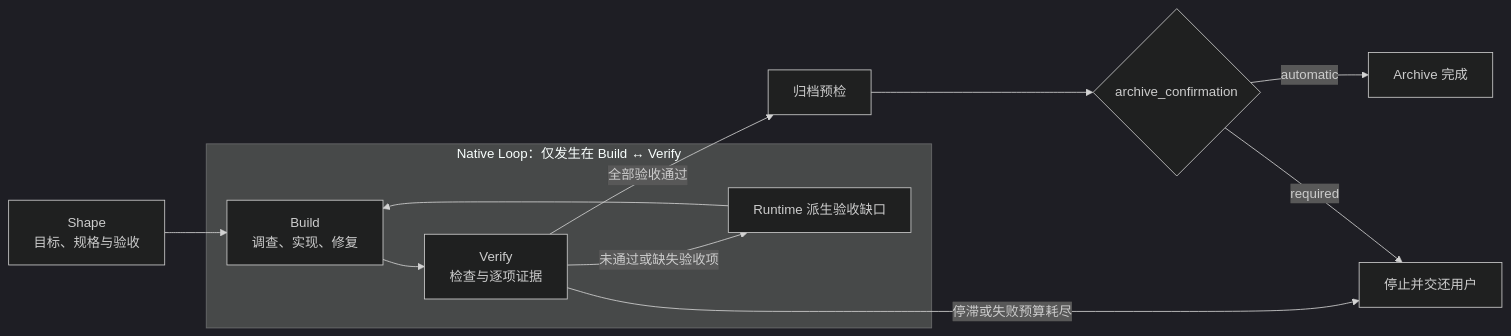
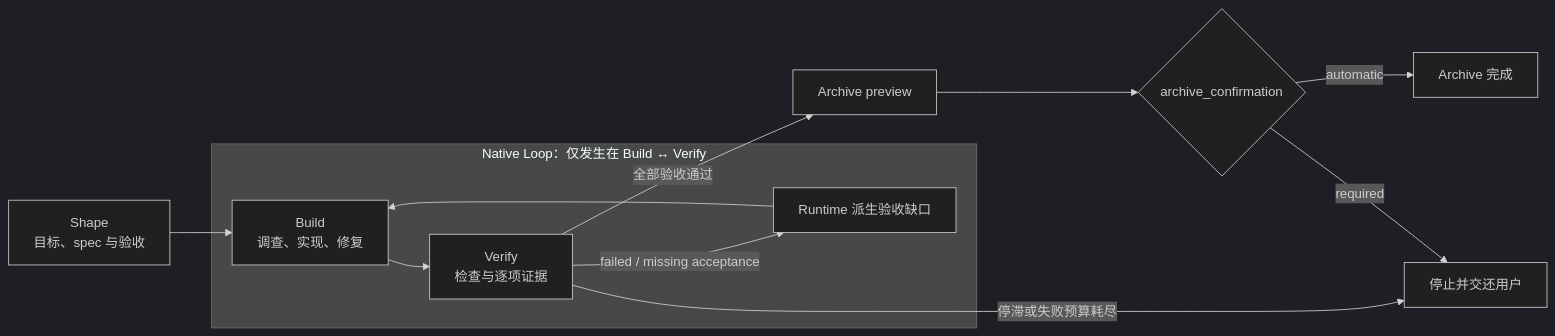
The first of 2 diagrams in zh/concepts/native-workflow.mdx (rpamis/comet-website-docs), drawn with Mermaid (dark theme) before and after one commit. The commit also changed other lines of this file and 14 other files, not shown here.

````diff
--- a/zh/concepts/native-workflow.mdx
+++ b/zh/concepts/native-workflow.mdx
@@ -16,16 +16,16 @@
 ```mermaid
 flowchart LR
-  S["Shape<br/>目标、规格与验收"] --> B
+  S["Shape<br/>目标、spec 与验收"] --> B
 
   subgraph L["Native Loop：仅发生在 Build ↔ Verify"]
     B["Build<br/>调查、实现、修复"] --> V["Verify<br/>检查与逐项证据"]
-    V -->|"未通过或缺失验收项"| G["Runtime 派生验收缺口"]
+    V -->|"failed / missing acceptance"| G["Runtime 派生验收缺口"]
     G --> B
   end
 
-  V -->|"全部验收通过"| P["归档预检"]
+  V -->|"全部验收通过"| P["Archive preview"]
   V -->|"停滞或失败预算耗尽"| U["停止并交还用户"]
   P --> C{"archive_confirmation"}
   C -->|"automatic"| A["Archive 完成"]
   C -->|"required"| U
 ```
````
